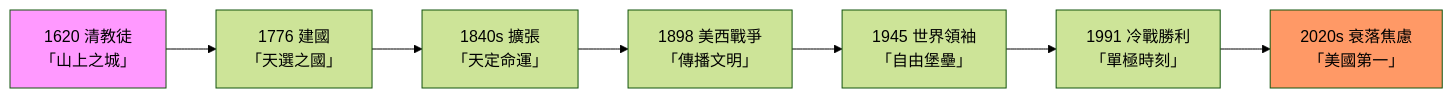
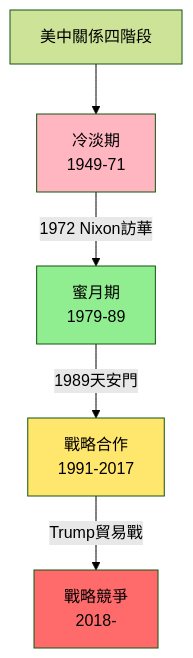
The seventh of 7 diagrams in 01_HKU_Courses/HIST1025_Introduction_to_the_United_States.md (yip-lgtm/HKU-Harvard-History-Self-Study), drawn with Mermaid (forest theme) before and after one commit. The commit also changed other lines of this file and 65 other files, not shown here.

````diff
--- a/01_HKU_Courses/HIST1025_Introduction_to_the_United_States.md
+++ b/01_HKU_Courses/HIST1025_Introduction_to_the_United_States.md
@@ -451,12 +270,11 @@
 ```mermaid
-flowchart LR
-    A[1620 清教徒<br/>「山上之城」] --> B[1776 建國<br/>「天選之國」]
-    B --> C[1840s 擴張<br/>「天定命運」]
-    C --> D[1898 美西戰爭<br/>「傳播文明」]
-    D --> E[1945 世界領袖<br/>「自由堡壘」]
-    E --> F[1991 冷戰勝利<br/>「單極時刻」]
-    F --> G[2020s 衰落焦慮<br/>「美國第一」]
-    
-    style A fill:#f9f,color:#000
-    style G fill:#f96,color:#000
+graph TD
+    A["美中關係四階段"] --> B["冷淡期<br/>1949-71"]
+    B -->|"1972 Nixon訪華"| C["蜜月期<br/>1979-89"]
+    C -->|"1989天安門"| D["戰略合作<br/>1991-2017"]
+    D -->|"Trump貿易戰"| E["戰略競爭<br/>2018-"]
+    style B fill:#FFB6C1
+    style C fill:#90EE90
+    style D fill:#FFE66D
+    style E fill:#FF6B6B
 ```
````
